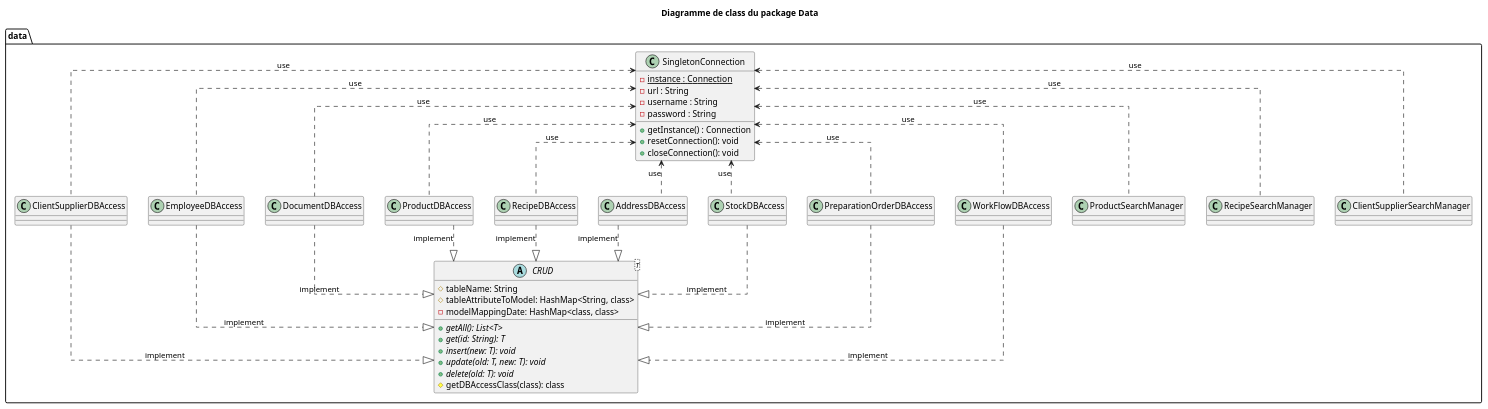
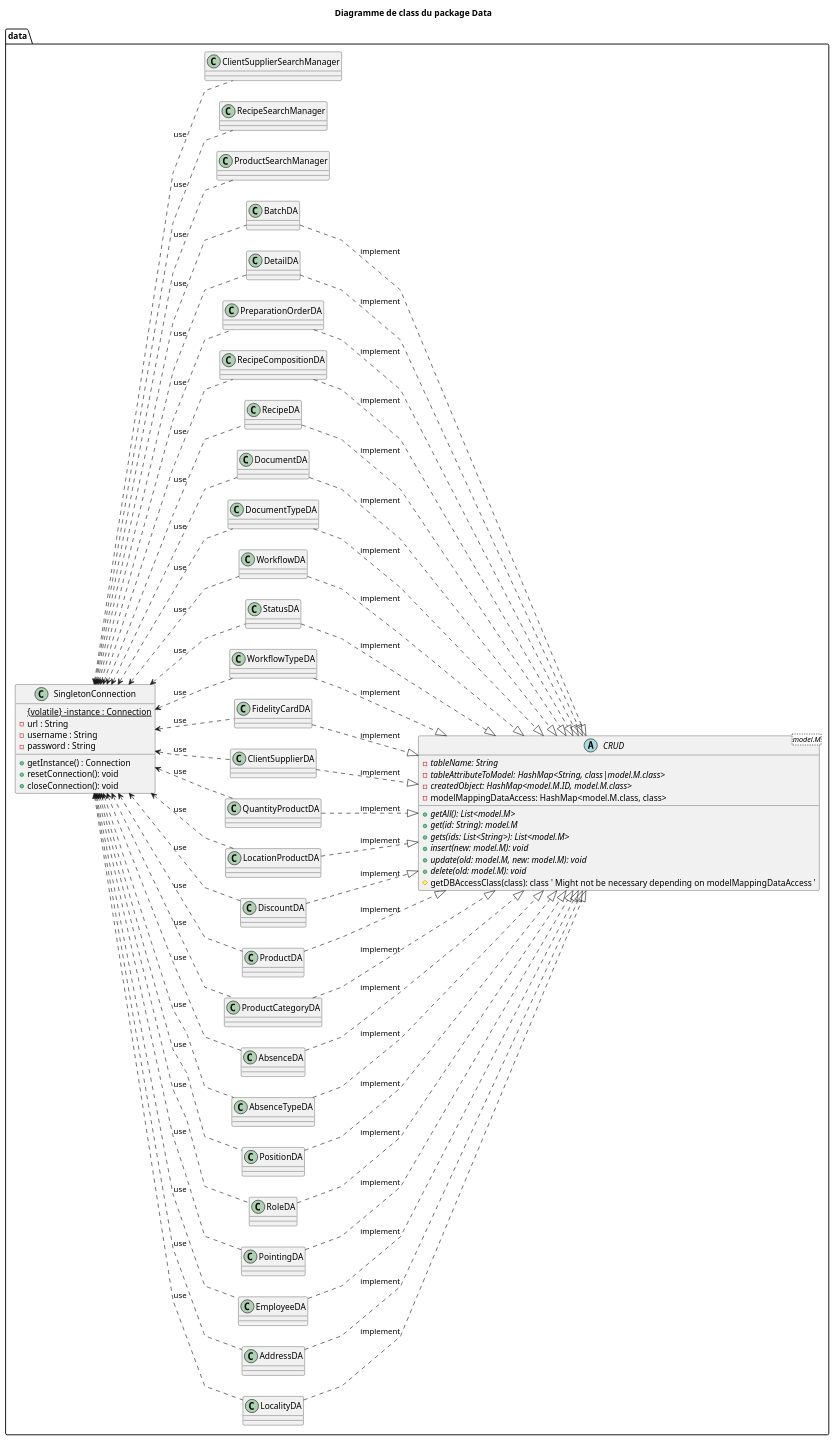
The diagram in doc/data.class.puml (YannisVanAchter/IG252-java-project), drawn with PlantUML before and after one commit.

```diff
--- a/doc/data.class.puml
+++ b/doc/data.class.puml
@@ -1,86 +1,168 @@
 @startuml "data class diagram"
 
 title "Diagramme de class du package Data"
 
-' top to bottom direction
+left to right direction
 skinparam linetype ortho
-' skinparam linetype polyline
+skinparam linetype polyline
 
 ' TODO: finish diagram before implementing this layer (deadline: may 15th 2026)
 package data {
 
     class SingletonConnection {
-        {static} -instance : Connection
+        {static} {volatile} -instance : Connection
         -url : String
         -username : String
         -password : String
         +getInstance() : Connection
         +resetConnection(): void
         +closeConnection(): void
     }
 
-    abstract class CRUD<T> {
-        # tableName: String
-        # tableAttributeToModel: HashMap<String, class>
-        - modelMappingDate: HashMap<class, class> 
+    abstract class CRUD<model.M> {
+        {abstract} - tableName: String
+        {abstract} - tableAttributeToModel: HashMap<String, class|model.M.class>
+        {abstract} - createdObject: HashMap<model.M.ID, model.M.class>
+        - modelMappingDataAccess: HashMap<model.M.class, class> 
 
-        {abstract} +getAll(): List<T>
-        {abstract} +get(id: String): T
-        {abstract} +insert(new: T): void
-        {abstract} +update(old: T, new: T): void
-        {abstract} +delete(old: T): void
-        #getDBAccessClass(class): class
+        {abstract} +getAll(): List<model.M>
+        {abstract} +get(id: String): model.M
+        {abstract} +gets(ids: List<String>): List<model.M>
+        {abstract} +insert(new: model.M): void
+        {abstract} +update(old: model.M, new: model.M): void
+        {abstract} +delete(old: model.M): void
+        #getDBAccessClass(class): class ' Might not be necessary depending on modelMappingDataAccess '
     }
 
-    class ClientSupplierDBAccess {
+    class LocalityDA {
     }
 
-    class EmployeeDBAccess {
+    class AddressDA {
     }
 
-    class DocumentDBAccess {
+    class EmployeeDA {
     }
 
-    class ProductDBAccess {
+    class PointingDA {
     }
 
-    class RecipeDBAccess {
+    class RoleDA {
     }
 
-    class AddressDBAccess {
+    class PositionDA {
     }
 
-    class StockDBAccess {
+    class AbsenceTypeDA {
     }
 
-    class PreparationOrderDBAccess {
+    class AbsenceDA {
     }
 
-    class WorkFlowDBAccess {
+    class ProductCategoryDA {
     }
 
-    SingletonConnection <.. ClientSupplierDBAccess: use 
-    SingletonConnection <.. EmployeeDBAccess: use 
-    SingletonConnection <.. DocumentDBAccess: use 
-    SingletonConnection <.. ProductDBAccess: use 
-    SingletonConnection <.. RecipeDBAccess: use 
-    SingletonConnection <.. AddressDBAccess: use 
-    SingletonConnection <.. StockDBAccess: use 
-    SingletonConnection <.. PreparationOrderDBAccess: use 
-    SingletonConnection <.. WorkFlowDBAccess: use 
+    class ProductDA {
+    }
+
+    class DiscountDA {
+    }
+
+    class LocationProductDA {
+    }
+
+    class QuantityProductDA {
+    }
+
+    class ClientSupplierDA {
+    }
+
+    class FidelityCardDA {
+    }
+
+    class WorkflowTypeDA {
+    }
+
+    class StatusDA {
+    }
+
+    class WorkflowDA {
+    }
+
+    class DocumentTypeDA {
+    }
+
+    class DocumentDA {
+    }
+
+    class RecipeDA {
+    }
+
+    class RecipeCompositionDA {
+    }
+
+    class PreparationOrderDA {
+    }
+
+    class DetailDA {
+    }
+
+    class BatchDA {
+    }
+
+    SingletonConnection <.. LocalityDA: use 
+    SingletonConnection <.. AddressDA: use 
+    SingletonConnection <.. EmployeeDA: use 
+    SingletonConnection <.. PointingDA: use 
+    SingletonConnection <.. RoleDA: use 
+    SingletonConnection <.. PositionDA: use 
+    SingletonConnection <.. AbsenceTypeDA: use 
+    SingletonConnection <.. AbsenceDA: use 
+    SingletonConnection <.. ProductCategoryDA: use 
+    SingletonConnection <.. ProductDA: use 
+    SingletonConnection <.. DiscountDA: use 
+    SingletonConnection <.. LocationProductDA: use 
+    SingletonConnection <.. QuantityProductDA: use 
+    SingletonConnection <.. ClientSupplierDA: use 
+    SingletonConnection <.. FidelityCardDA: use 
+    SingletonConnection <.. WorkflowTypeDA: use 
+    SingletonConnection <.. StatusDA: use 
+    SingletonConnection <.. WorkflowDA: use 
+    SingletonConnection <.. DocumentTypeDA: use 
+    SingletonConnection <.. DocumentDA: use 
+    SingletonConnection <.. RecipeDA: use 
+    SingletonConnection <.. RecipeCompositionDA: use 
+    SingletonConnection <.. PreparationOrderDA: use 
+    SingletonConnection <.. DetailDA: use 
+    SingletonConnection <.. BatchDA: use 
     SingletonConnection <.. ProductSearchManager: use 
     SingletonConnection <.. RecipeSearchManager: use 
     SingletonConnection <.. ClientSupplierSearchManager: use
 
-    ClientSupplierDBAccess ..|> CRUD: implement
-    EmployeeDBAccess ..|> CRUD: implement
-    DocumentDBAccess ..|> CRUD: implement
-    ProductDBAccess ..|> CRUD: implement
-    RecipeDBAccess ..|> CRUD: implement
-    AddressDBAccess ..|> CRUD: implement
-    StockDBAccess ..|> CRUD: implement
-    PreparationOrderDBAccess ..|> CRUD: implement
-    WorkFlowDBAccess ..|> CRUD: implement
+    LocalityDA ..|> CRUD: implement
+    AddressDA ..|> CRUD: implement
+    EmployeeDA ..|> CRUD: implement
+    PointingDA ..|> CRUD: implement
+    RoleDA ..|> CRUD: implement
+    PositionDA ..|> CRUD: implement
+    AbsenceTypeDA ..|> CRUD: implement
+    AbsenceDA ..|> CRUD: implement
+    ProductCategoryDA ..|> CRUD: implement
+    ProductDA ..|> CRUD: implement
+    DiscountDA ..|> CRUD: implement
+    LocationProductDA ..|> CRUD: implement
+    QuantityProductDA ..|> CRUD: implement
+    ClientSupplierDA ..|> CRUD: implement
+    FidelityCardDA ..|> CRUD: implement
+    WorkflowTypeDA ..|> CRUD: implement
+    StatusDA ..|> CRUD: implement
+    WorkflowDA ..|> CRUD: implement
+    DocumentTypeDA ..|> CRUD: implement
+    DocumentDA ..|> CRUD: implement
+    RecipeDA ..|> CRUD: implement
+    RecipeCompositionDA ..|> CRUD: implement
+    PreparationOrderDA ..|> CRUD: implement
+    DetailDA ..|> CRUD: implement
+    BatchDA ..|> CRUD: implement
 }
 
 @enduml
```
